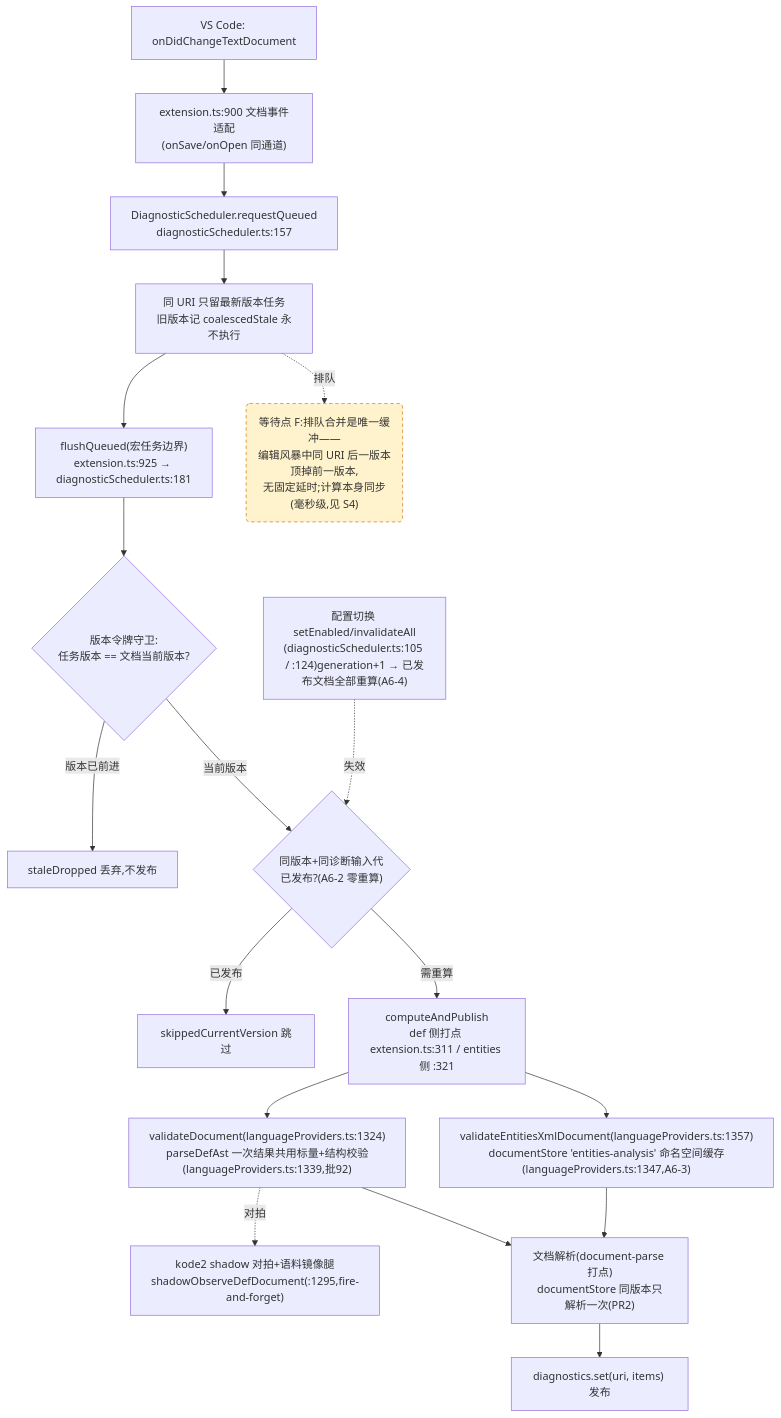
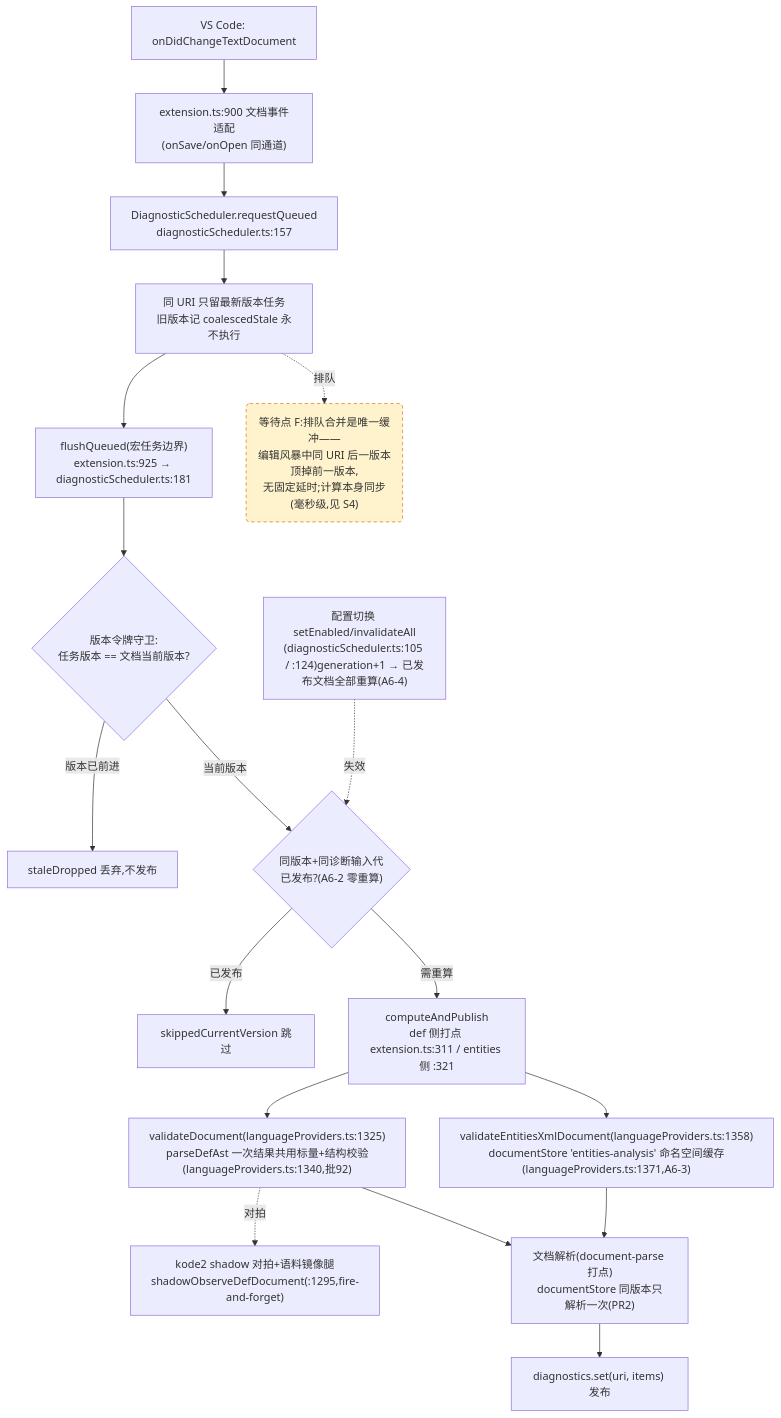
Before and after one commit to cuihairu/kode: the fourth of 4 diagrams in docs/perf/2026-baseline.md, drawn with Mermaid. The commit also changed other lines of this file and 5 other files, not shown here.

````diff
--- a/docs/perf/2026-baseline.md
+++ b/docs/perf/2026-baseline.md
@@ -214,38 +214,38 @@
 ```mermaid
 flowchart TD
   CHG["VS Code: onDidChangeTextDocument"]
   WATCH["extension.ts:900 文档事件适配<br/>(onSave/onOpen 同通道)"]
   RQ["DiagnosticScheduler.requestQueued<br/>diagnosticScheduler.ts:157"]
   CO["同 URI 只留最新版本任务<br/>旧版本记 coalescedStale 永不执行"]
   FL["flushQueued(宏任务边界)<br/>extension.ts:925 → diagnosticScheduler.ts:181"]
   VG{"版本令牌守卫:<br/>任务版本 == 文档当前版本?"}
   DROP["staleDropped 丢弃,不发布"]
   GEN{"同版本+同诊断输入代<br/>已发布?(A6-2 零重算)"}
   SKIP["skippedCurrentVersion 跳过"]
   CALC["computeAndPublish<br/>def 侧打点 extension.ts:311 / entities 侧 :321"]
-  VD["validateDocument(languageProviders.ts:1324)<br/>parseDefAst 一次结果共用标量+结构校验(languageProviders.ts:1339,批92)"]
-  VEX["validateEntitiesXmlDocument(languageProviders.ts:1357)<br/>documentStore 'entities-analysis' 命名空间缓存(languageProviders.ts:1347,A6-3)"]
+  VD["validateDocument(languageProviders.ts:1325)<br/>parseDefAst 一次结果共用标量+结构校验(languageProviders.ts:1340,批92)"]
+  VEX["validateEntitiesXmlDocument(languageProviders.ts:1358)<br/>documentStore 'entities-analysis' 命名空间缓存(languageProviders.ts:1371,A6-3)"]
   SHDD["kode2 shadow 对拍+语料镜像腿<br/>shadowObserveDefDocument(:1295,fire-and-forget)"]
   DS["文档解析(document-parse 打点)<br/>documentStore 同版本只解析一次(PR2)"]
   PUB["diagnostics.set(uri, items) 发布"]
   CFG2["配置切换 setEnabled/invalidateAll<br/>(diagnosticScheduler.ts:105 / :124)generation+1 → 已发布文档全部重算(A6-4)"]
 
   CHG --> WATCH --> RQ --> CO --> FL --> VG
   VG -- "版本已前进" --> DROP
   VG -- "当前版本" --> GEN
   GEN -- "已发布" --> SKIP
   GEN -- "需重算" --> CALC
   CALC --> VD
   CALC --> VEX
   VD --> DS
   VEX --> DS
   DS --> PUB
   VD -.->|对拍| SHDD
   CFG2 -.->|失效| GEN
 
   WAITF("等待点 F:排队合并是唯一缓冲——<br/>编辑风暴中同 URI 后一版本顶掉前一版本,<br/>无固定延时;计算本身同步(毫秒级,见 S4)")
   CO -.->|排队| WAITF
 
   classDef waitPoint fill:#fff3cd,stroke:#d97706,stroke-dasharray:5 4;
   class WAITF waitPoint;
 ```
````
